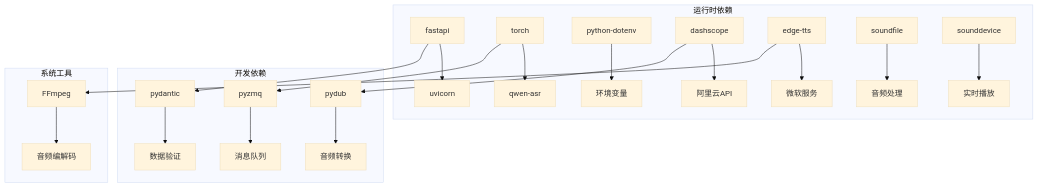
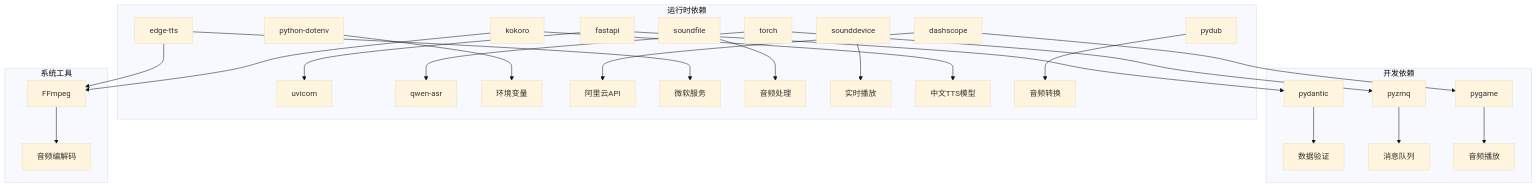
One commit to 1024dashen/Vue3Speech changed diagram 12 of 12 in .qoder/repowiki/zh/content/后端服务架构/后端服务架构.md. Above: the diagram before and after it, drawn with Mermaid (base theme). The commit also changed other lines of this file and 9 other files, not shown here.

````diff
--- a/.qoder/repowiki/zh/content/后端服务架构/后端服务架构.md
+++ b/.qoder/repowiki/zh/content/后端服务架构/后端服务架构.md
@@ -327,24 +612,27 @@
 ```mermaid
 graph TB
 subgraph "运行时依赖"
 A[fastapi] --> B[uvicorn]
 C[torch] --> D[qwen-asr]
 E[python-dotenv] --> F[环境变量]
 G[dashscope] --> H[阿里云API]
 I[edge-tts] --> J[微软服务]
 K[soundfile] --> L[音频处理]
 M[sounddevice] --> N[实时播放]
+O[kokoro] --> P[中文TTS模型]
+Q[pydub] --> R[音频转换]
 end
 subgraph "开发依赖"
-O[pydantic] --> P[数据验证]
-Q[pyzmq] --> R[消息队列]
-S[pydub] --> T[音频转换]
+S[pydantic] --> T[数据验证]
+U[pyzmq] --> V[消息队列]
+W[pygame] --> X[音频播放]
 end
 subgraph "系统工具"
-U[FFmpeg] --> V[音频编解码]
+Y[FFmpeg] --> Z[音频编解码]
 end
-A --> O
-C --> Q
-G --> S
-I --> U
+A --> S
+C --> U
+G --> W
+I --> Y
+O --> Y
 ```
````
